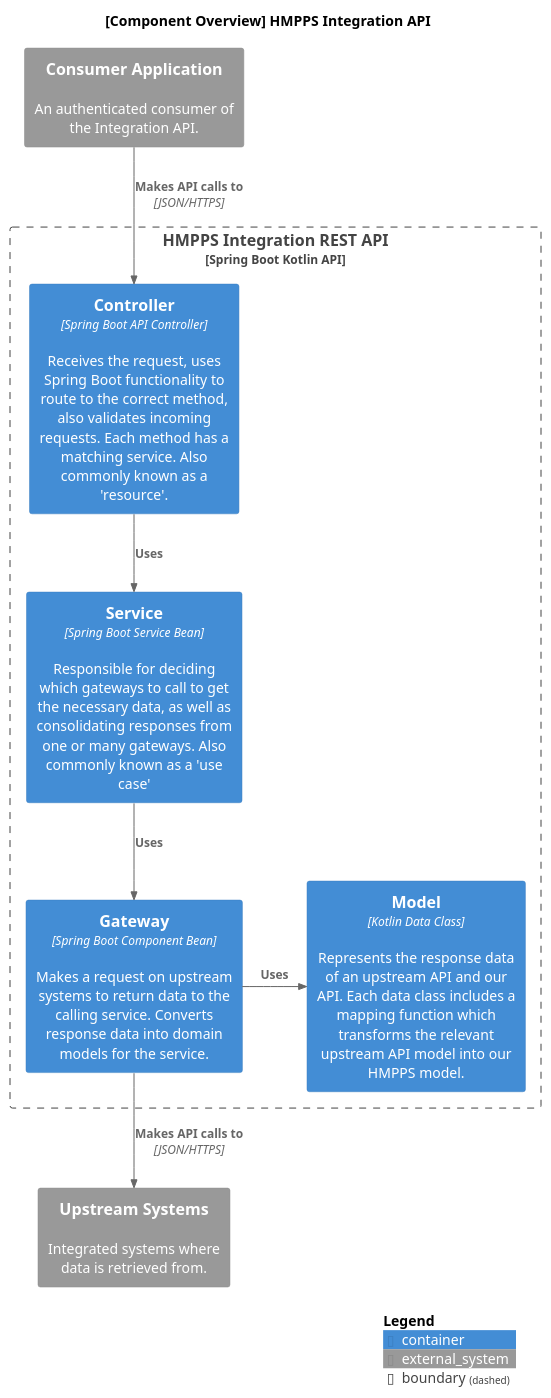
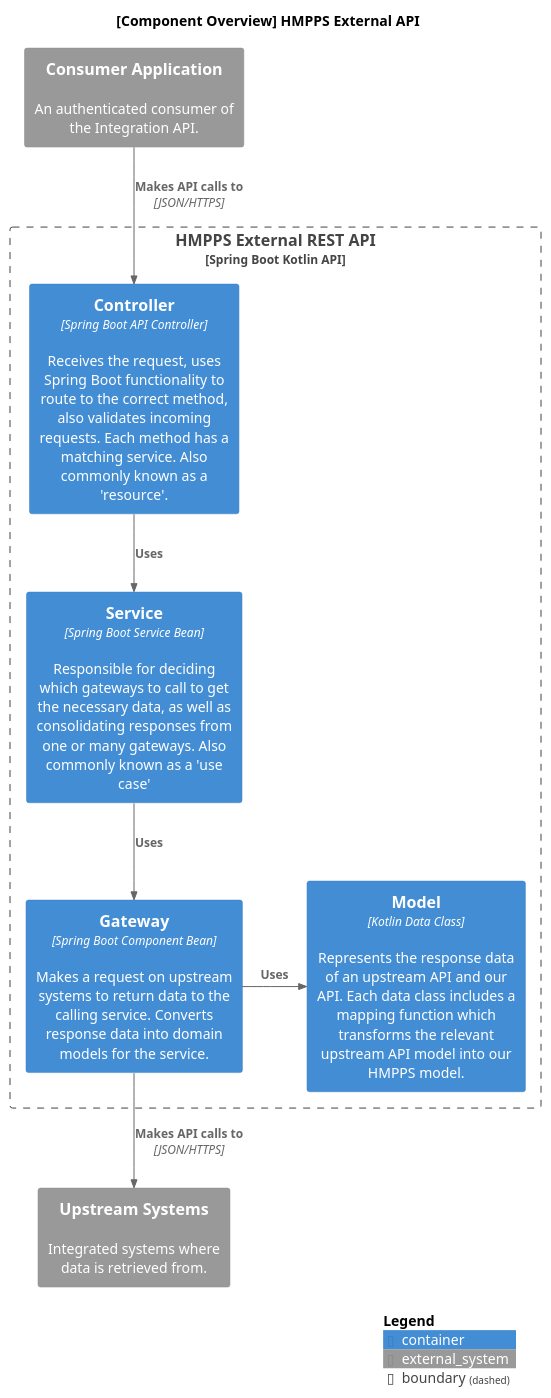
One commit to ministryofjustice/hmpps-integration-api changed the diagram in docs/diagrams/component-overview.puml. Above: the diagram before and after it, drawn with PlantUML. The commit also changed 12 other files, not shown here.

Commit message:
Rename Integration API to External API in documentation

```diff
--- a/docs/diagrams/component-overview.puml
+++ b/docs/diagrams/component-overview.puml
@@ -1,28 +1,28 @@
 @startuml component-overview
 
 !include https://raw.githubusercontent.com/plantuml-stdlib/C4-PlantUML/master/C4_Container.puml
 
 skinparam linetype polyline
 
-title [Component Overview] HMPPS Integration API
+title [Component Overview] HMPPS External API
 
 System_Ext(consumer, "Consumer Application", "An authenticated consumer of the Integration API.")
 
-Boundary(spring_boot_api, "HMPPS Integration REST API", "Spring Boot Kotlin API"){
+Boundary(spring_boot_api, "HMPPS External REST API", "Spring Boot Kotlin API"){
     Container(controller, "Controller", "Spring Boot API Controller", "Receives the request, uses Spring Boot functionality to route to the correct method, also validates incoming requests. Each method has a matching service. Also commonly known as a 'resource'.")
     Container(service, "Service", "Spring Boot Service Bean", "Responsible for deciding which gateways to call to get the necessary data, as well as consolidating responses from one or many gateways. Also commonly known as a 'use case'")
     Container(gateway, "Gateway", "Spring Boot Component Bean", "Makes a request on upstream systems to return data to the calling service. Converts response data into domain models for the service.")
     Container(model, "Model", "Kotlin Data Class", "Represents the response data of an upstream API and our API. Each data class includes a mapping function which transforms the relevant upstream API model into our HMPPS model.")
 }
 
 System_Ext(upstream, "Upstream Systems", "Integrated systems where data is retrieved from.")
 
 Rel(consumer, controller, "Makes API calls to", "JSON/HTTPS")
 Rel_Down(controller, service, "Uses")
 Rel_Down(service, gateway, "Uses")
 Rel_Down(gateway, upstream, "Makes API calls to", "JSON/HTTPS")
 Rel_Right(gateway, model, "Uses")
 
 SHOW_DYNAMIC_LEGEND()
 
 @enduml
```
